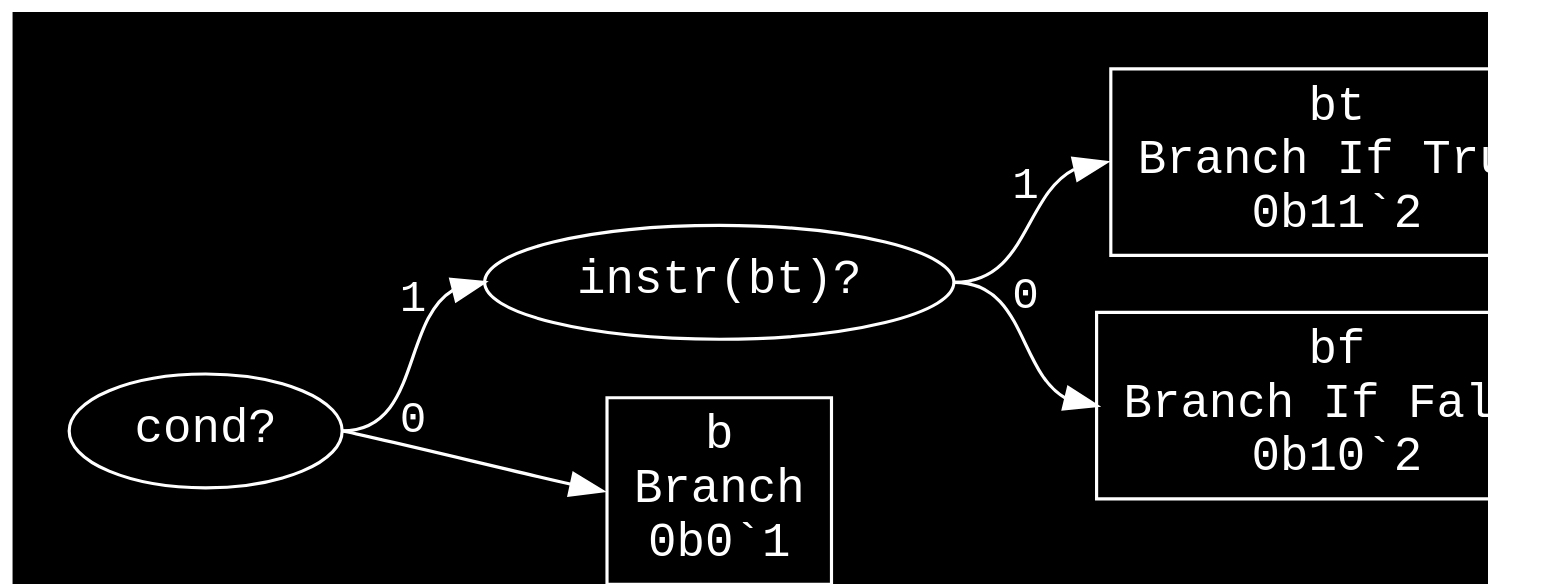
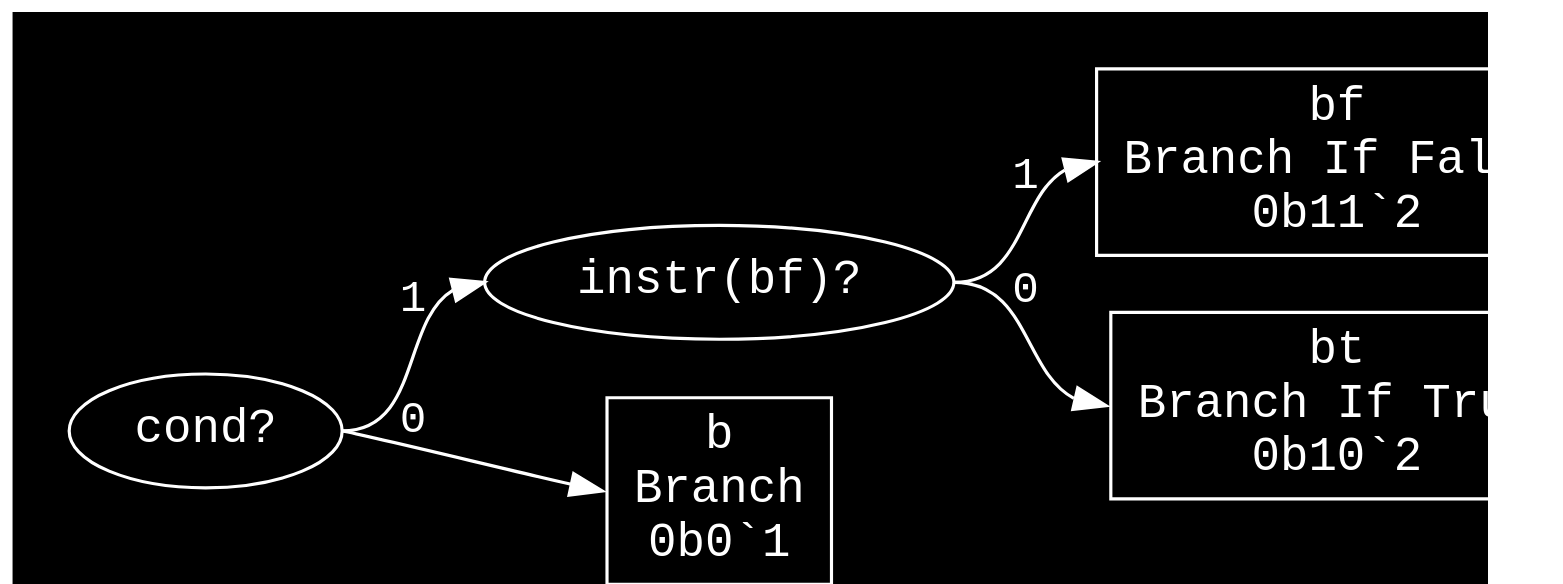
The diagram in assets/graphs/b.dot (eignnx/SPRIND), drawn with Graphviz before and after one commit. The commit also changed 15 other files, not shown here.

```diff
--- a/assets/graphs/b.dot
+++ b/assets/graphs/b.dot
@@ -1,14 +1,14 @@
 digraph "Format b" {
   graph [dpi = 100, bgcolor="#111", fontcolor="white", rankdir=LR, pad="0.25"];
   node [fontname = "Courier", fontsize="15pt", color="white", fontcolor="white"];
   edge [fontname = "Courier", color="white", fontcolor="white"];
-  "cond_15537093" [label = "cond?", shape = ellipse];
-  "cond_15537093":e -> "instr(bt)_2981130":w [label = "1"];
-  "cond_15537093":e -> "b_5886451":w [label = "0"];
-  "instr(bt)_2981130" [label = "instr(bt)?", shape = ellipse];
-  "instr(bt)_2981130":e -> "bt_15089679":w [label = "1"];
-  "instr(bt)_2981130":e -> "bf_8755250":w [label = "0"];
-  "bt_15089679" [label = "bt\nBranch If True\n0b11`2", shape = rectangle];
-  "bf_8755250" [label = "bf\nBranch If False\n0b10`2", shape = rectangle];
+  "cond_8106848" [label = "cond?", shape = ellipse];
+  "cond_8106848":e -> "instr(bf)_3124220":w [label = "1"];
+  "cond_8106848":e -> "b_5886451":w [label = "0"];
+  "instr(bf)_3124220" [label = "instr(bf)?", shape = ellipse];
+  "instr(bf)_3124220":e -> "bf_8755250":w [label = "1"];
+  "instr(bf)_3124220":e -> "bt_15089679":w [label = "0"];
+  "bf_8755250" [label = "bf\nBranch If False\n0b11`2", shape = rectangle];
+  "bt_15089679" [label = "bt\nBranch If True\n0b10`2", shape = rectangle];
   "b_5886451" [label = "b\nBranch\n0b0`1", shape = rectangle];
 }
```
